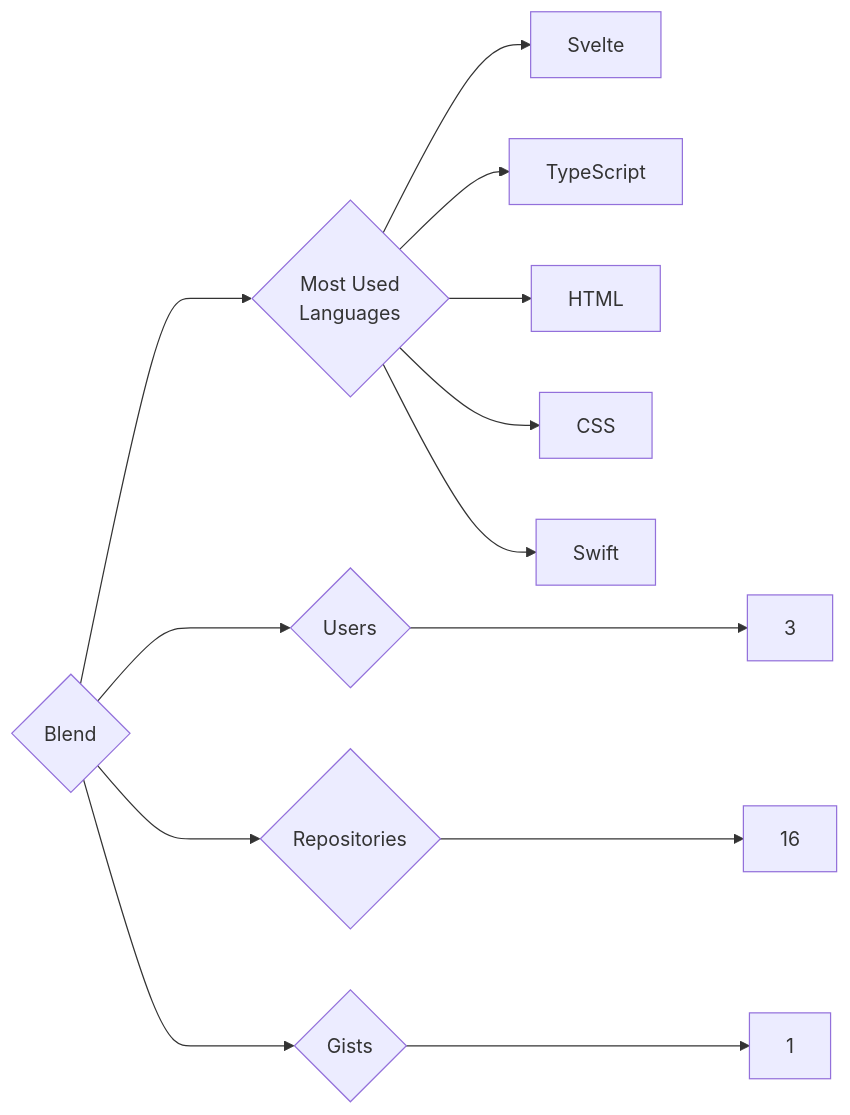
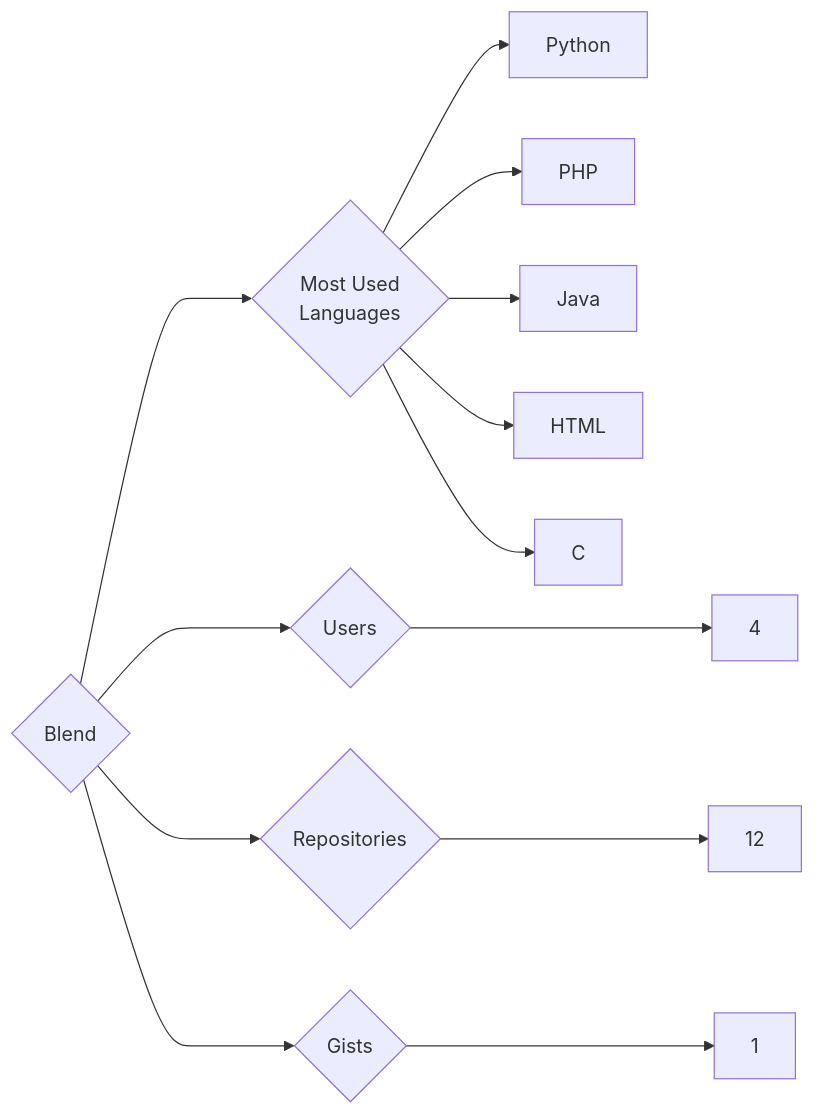
One commit to trickest/insiders changed the diagram in targets/Blend/README.md. Above: the diagram before and after it, drawn with Mermaid. The commit also changed 930 other files, not shown here.

````diff
--- a/targets/Blend/README.md
+++ b/targets/Blend/README.md
@@ -3,13 +3,13 @@
 ```mermaid
 graph LR
 COMPANY_NAME{Blend}
-COMPANY_NAME ---> U{Users} ---> UN[3]
-COMPANY_NAME ---> R{Repositories} ---> RN[16]
+COMPANY_NAME ---> U{Users} ---> UN[4]
+COMPANY_NAME ---> R{Repositories} ---> RN[12]
 COMPANY_NAME ---> G{Gists} ---> GN[1]
 COMPANY_NAME ---> ML{Most Used<br>Languages}
-ML --> Svelte[Svelte]
-ML --> TypeScript[TypeScript]
+ML --> Python[Python]
+ML --> PHP[PHP]
+ML --> Java[Java]
 ML --> HTML[HTML]
-ML --> CSS[CSS]
-ML --> Swift[Swift]
+ML --> C[C]
 ```
````
